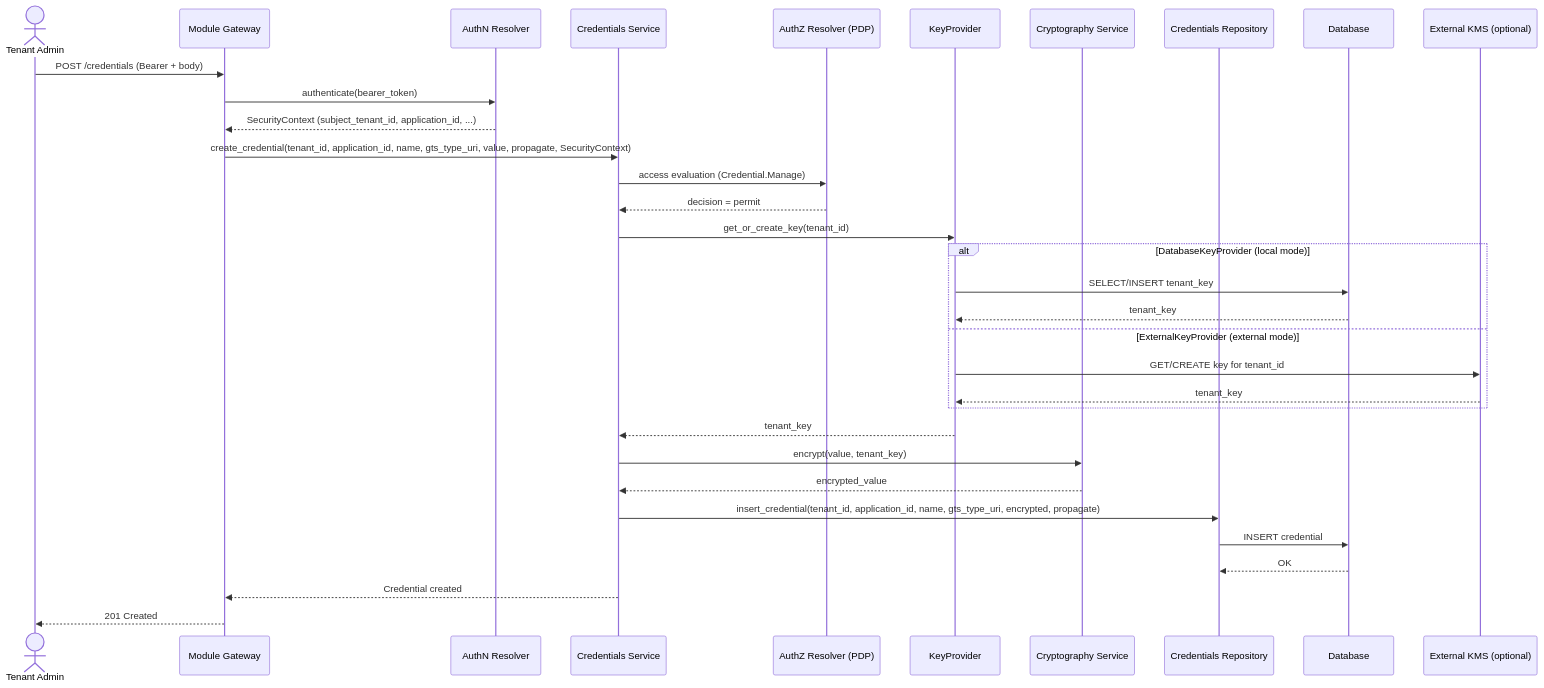
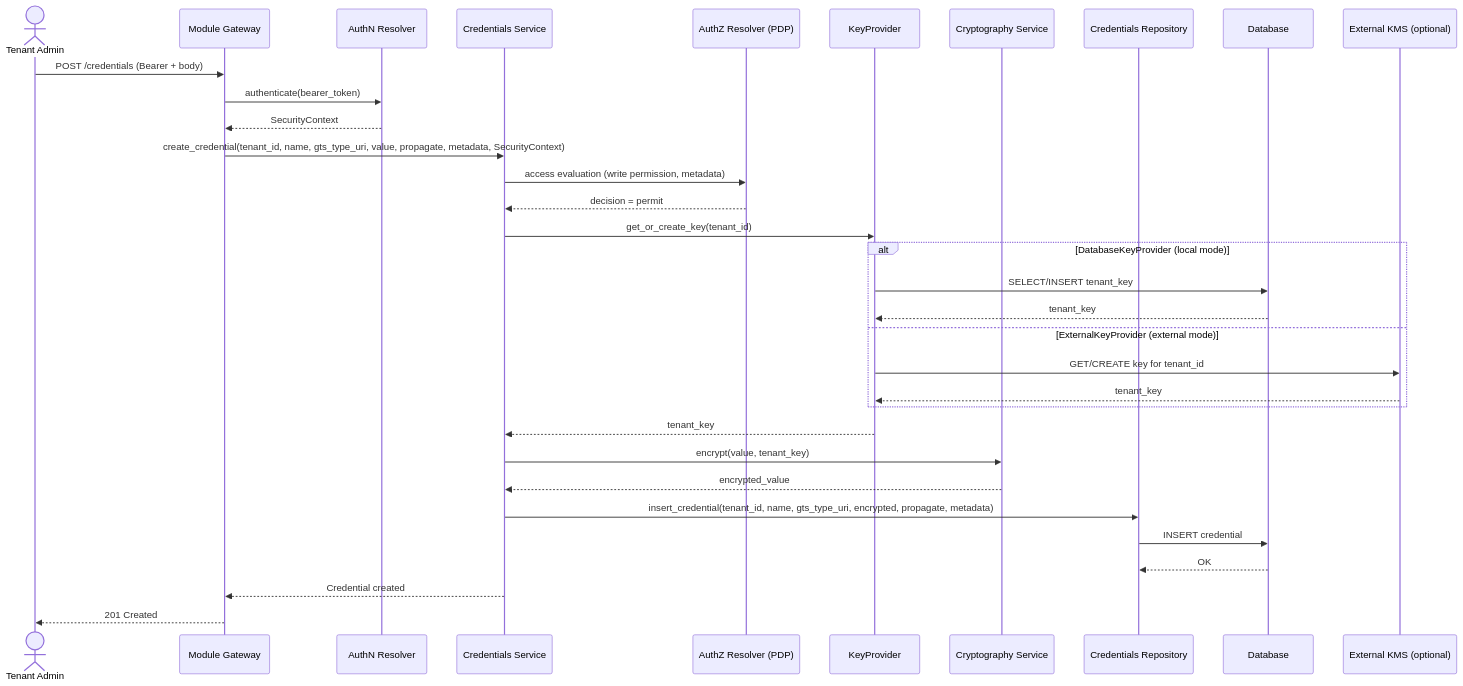
Before and after one commit to nullhypothesic/cyberfabric-core: the second of 3 diagrams in modules/credstore/plugins/credentials-storage/DESIGN.md, drawn with Mermaid. The commit also changed other lines of this file and 1 other file, not shown here.

Commit message:
docs:  delegate caller-scoping to AuthZ via metadata

````diff
--- a/modules/credstore/plugins/credentials-storage/DESIGN.md
+++ b/modules/credstore/plugins/credentials-storage/DESIGN.md
@@ -403,36 +403,36 @@
 ```mermaid
 sequenceDiagram
     actor Admin as Tenant Admin
     participant GW as Module Gateway
     participant AuthN as AuthN Resolver
     participant Svc as Credentials Service
     participant AuthZ as AuthZ Resolver (PDP)
     participant KP as KeyProvider
     participant Crypto as Cryptography Service
     participant Repo as Credentials Repository
     participant DB as Database
     participant EXT as External KMS (optional)
 
     Admin->>GW: POST /credentials (Bearer + body)
     GW->>AuthN: authenticate(bearer_token)
-    AuthN-->>GW: SecurityContext (subject_tenant_id, application_id, ...)
-    GW->>Svc: create_credential(tenant_id, application_id, name, gts_type_uri, value, propagate, SecurityContext)
-    Svc->>AuthZ: access evaluation (Credential.Manage)
+    AuthN-->>GW: SecurityContext
+    GW->>Svc: create_credential(tenant_id, name, gts_type_uri, value, propagate, metadata, SecurityContext)
+    Svc->>AuthZ: access evaluation (write permission, metadata)
     AuthZ-->>Svc: decision = permit
     Svc->>KP: get_or_create_key(tenant_id)
     alt DatabaseKeyProvider (local mode)
         KP->>DB: SELECT/INSERT tenant_key
         DB-->>KP: tenant_key
     else ExternalKeyProvider (external mode)
         KP->>EXT: GET/CREATE key for tenant_id
         EXT-->>KP: tenant_key
     end
     KP-->>Svc: tenant_key
     Svc->>Crypto: encrypt(value, tenant_key)
     Crypto-->>Svc: encrypted_value
-    Svc->>Repo: insert_credential(tenant_id, application_id, name, gts_type_uri, encrypted, propagate)
+    Svc->>Repo: insert_credential(tenant_id, name, gts_type_uri, encrypted, propagate, metadata)
     Repo->>DB: INSERT credential
     DB-->>Repo: OK
     Svc-->>GW: Credential created
     GW-->>Admin: 201 Created
 ```
````
